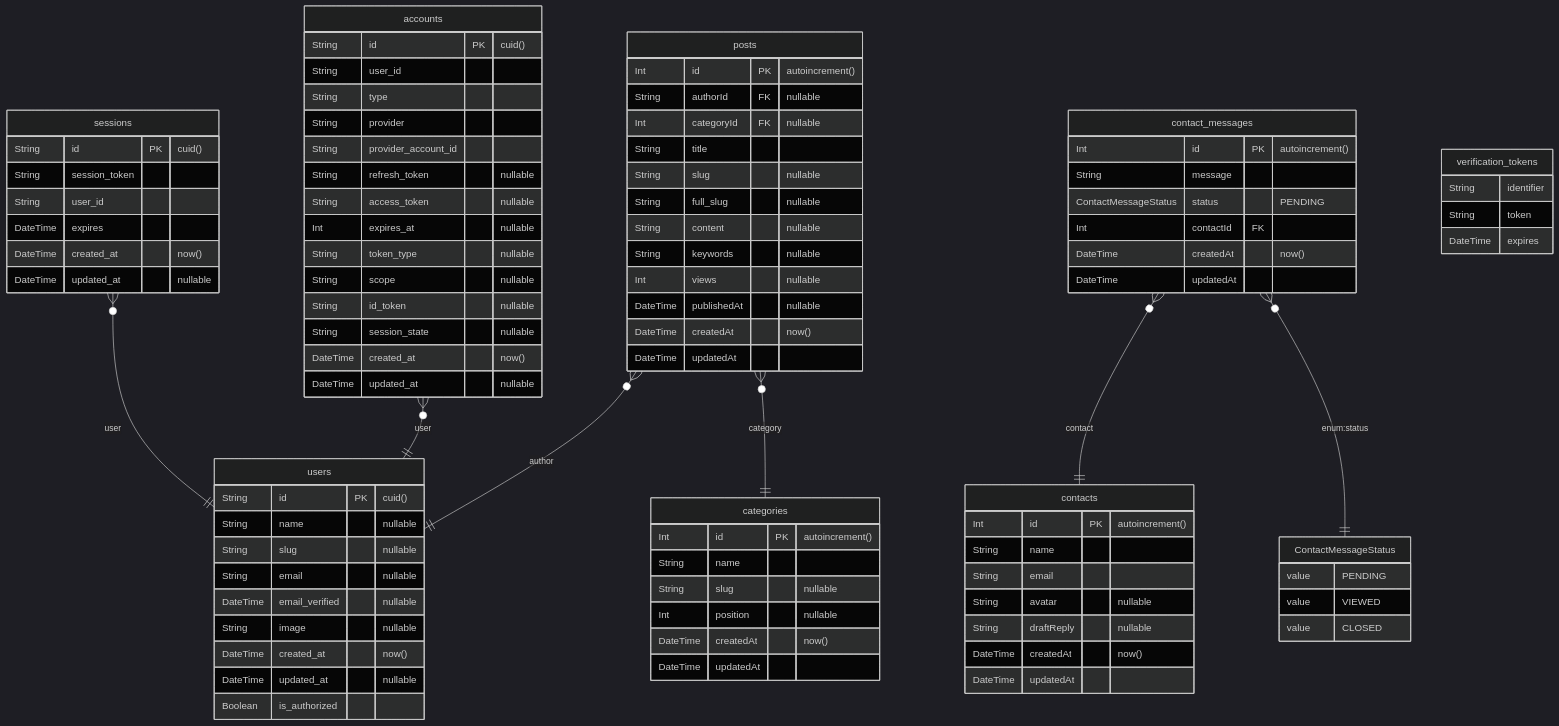
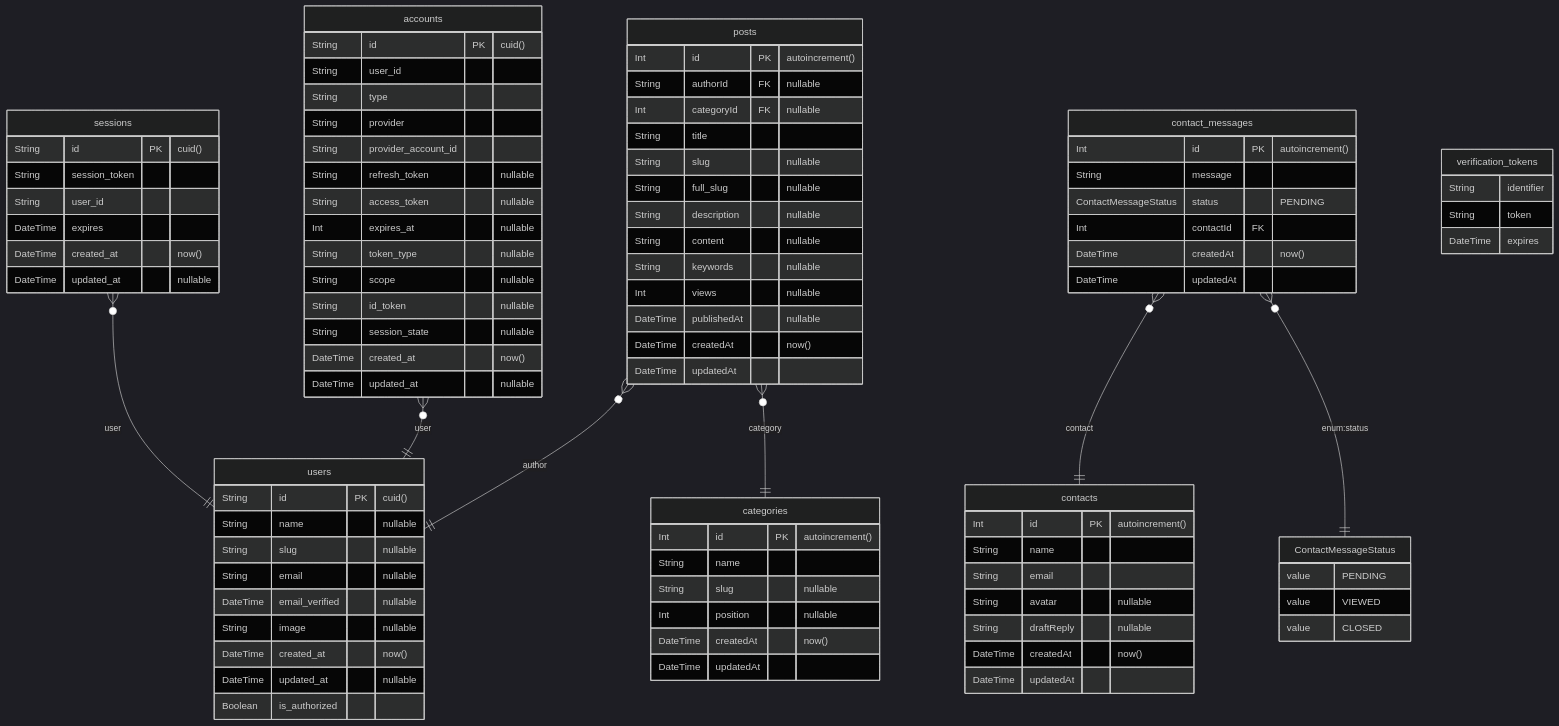
Before and after one commit to boleknowak/piotrdoniak.com: the diagram in prisma/ERD.md, drawn with Mermaid (dark theme). The commit also changed 3 other files, not shown here.

```diff
--- a/prisma/ERD.md
+++ b/prisma/ERD.md
@@ -12,6 +12,7 @@
 		String title
 		String slug  "nullable"
 		String full_slug  "nullable"
+		String description  "nullable"
 		String content  "nullable"
 		String keywords  "nullable"
 		Int views  "nullable"
```
